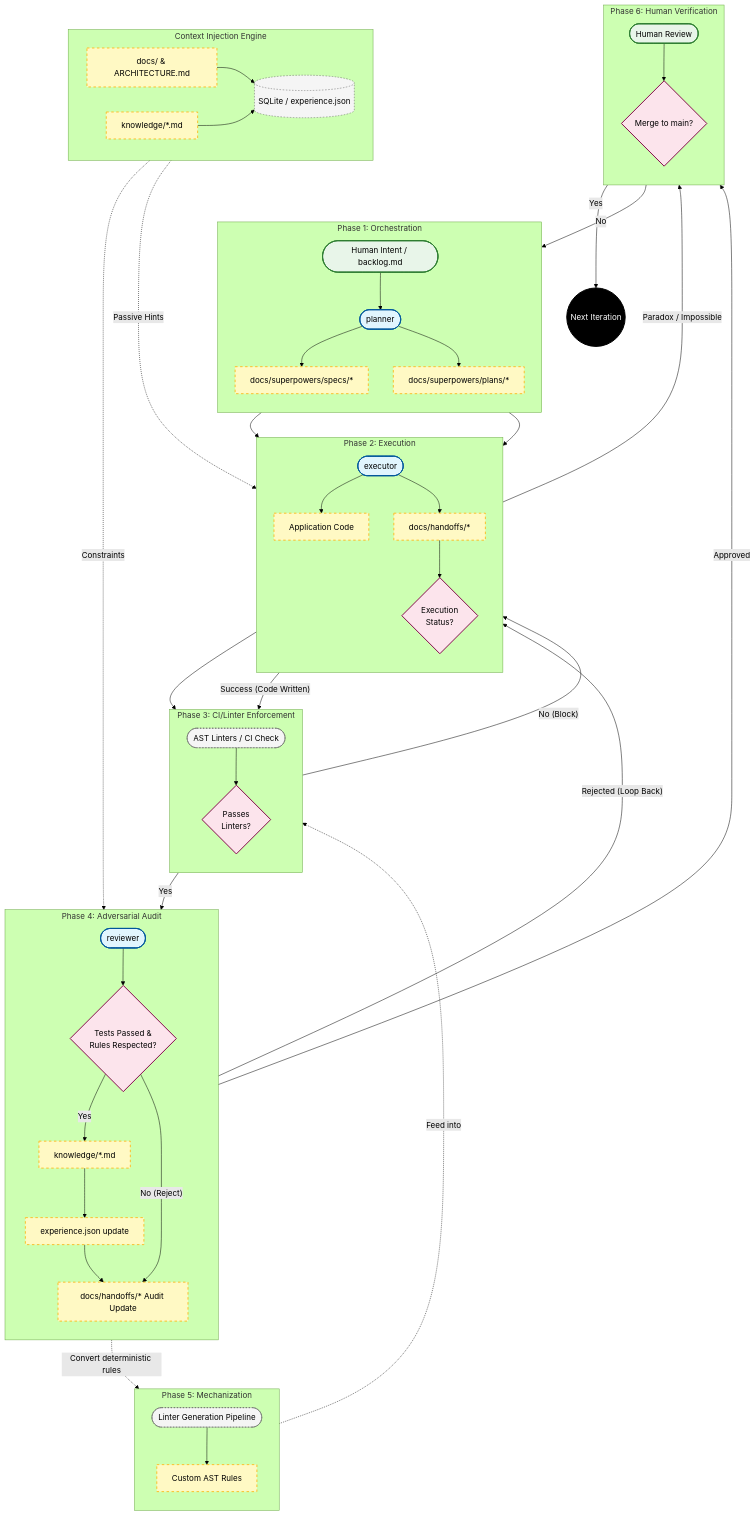
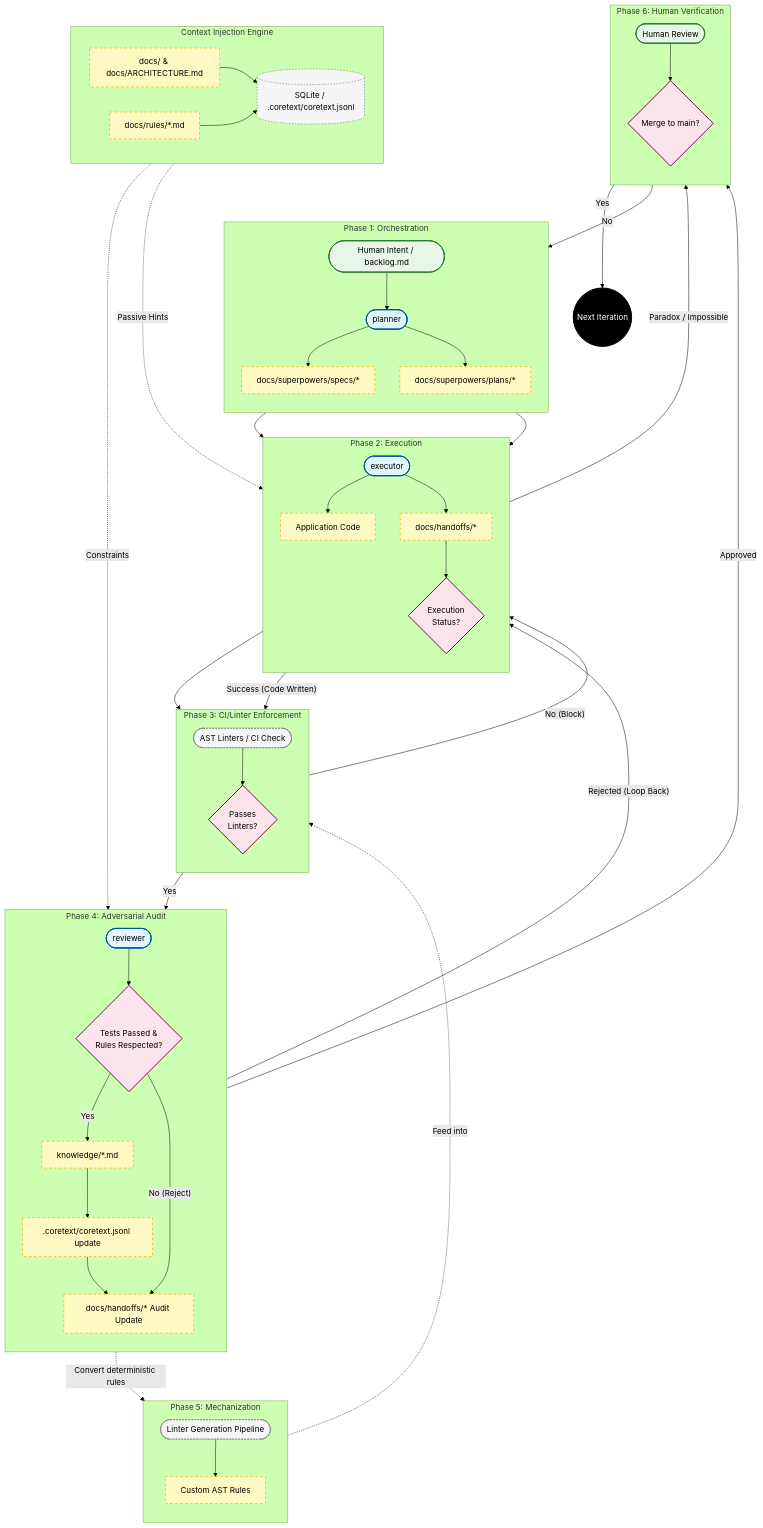
Before and after one commit to coretexthq/coretext: the diagram in docs/coretext/coretext_flowchart.md, drawn with Mermaid (forest theme). The commit also changed 29 other files, not shown here.

Commit message:
feat: implement CoretextEngine with SQLite-backed graph management and replace legacy experience engine.

```diff
--- a/docs/coretext/coretext_flowchart.md
+++ b/docs/coretext/coretext_flowchart.md
@@ -13,9 +13,9 @@
     %% --- JIT CONTEXT ---
     subgraph JIT ["Context Injection Engine"]
         direction LR
-        K_Docs[docs/ & ARCHITECTURE.md]:::artifact
-        K_Hints[knowledge/*.md]:::artifact
-        Sys_DB[(SQLite / experience.json)]:::system
+        K_Docs[docs/ & docs/ARCHITECTURE.md]:::artifact
+        K_Hints[docs/rules/*.md]:::artifact
+        Sys_DB[(SQLite / .coretext/coretext.jsonl)]:::system
         
         K_Docs --> Sys_DB
         K_Hints --> Sys_DB
@@ -63,7 +63,7 @@
         A_Reviewer([reviewer]):::agent
         Check_Audit{Tests Passed &<br/>Rules Respected?}:::decision
         A_Knowledge[knowledge/*.md]:::artifact
-        A_ExpUpdate[experience.json update]:::artifact
+        A_ExpUpdate[.coretext/coretext.jsonl update]:::artifact
         A_Handoff_Final[docs/handoffs/* Audit Update]:::artifact
 
         A_Reviewer --> Check_Audit
```
